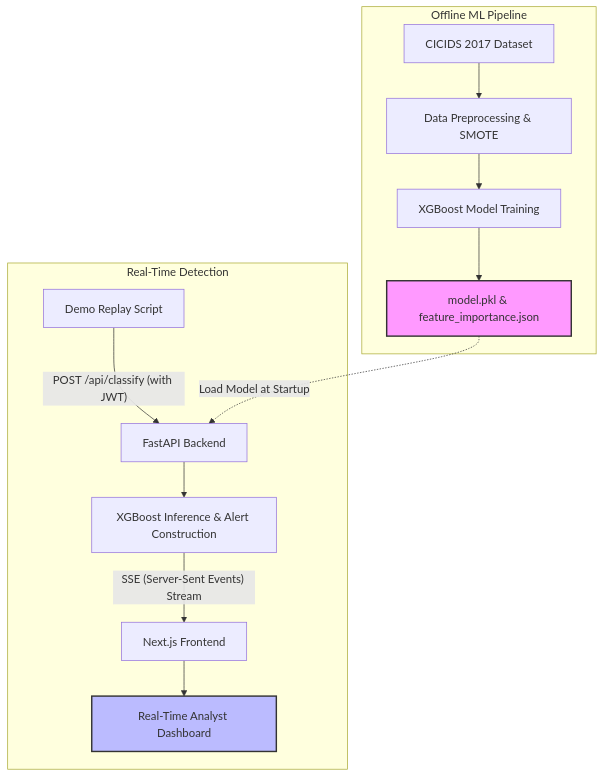
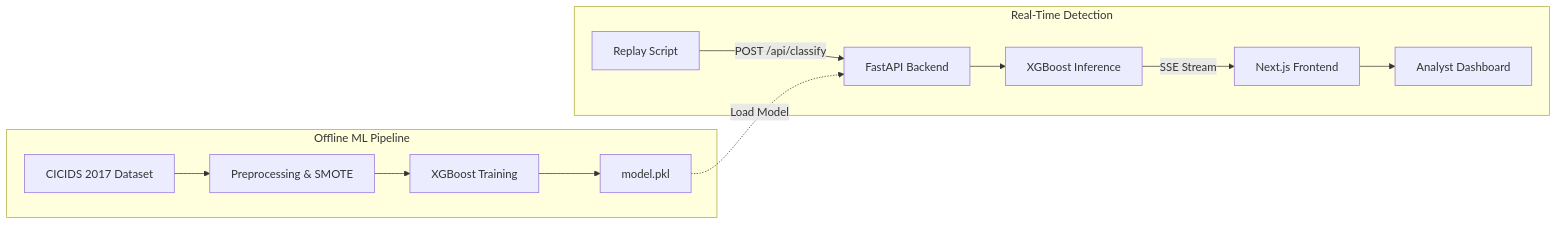
Before and after one commit to Shyamyemuka/sentinelai: the diagram in README.md, drawn with Mermaid. The commit also changed other lines of this file, not shown here.

Commit message:
update data

````diff
--- a/README.md
+++ b/README.md
@@ -12,19 +12,16 @@
 ```mermaid
-graph TD
+graph LR
     subgraph Offline ML Pipeline
-        A[CICIDS 2017 Dataset] --> B[Data Preprocessing & SMOTE]
-        B --> C[XGBoost Model Training]
-        C --> D["model.pkl & feature_importance.json"]
+        A[CICIDS 2017 Dataset] --> B[Preprocessing & SMOTE]
+        B --> C[XGBoost Training]
+        C --> D["model.pkl"]
     end
 
     subgraph Real-Time Detection
-        E[Demo Replay Script] -- "POST /api/classify (with JWT)" --> F[FastAPI Backend]
-        D -. "Load Model at Startup" .-> F
-        F --> G[XGBoost Inference & Alert Construction]
-        G -- "SSE (Server-Sent Events) Stream" --> H[Next.js Frontend]
-        H --> I[Real-Time Analyst Dashboard]
+        E[Replay Script] -- "POST /api/classify" --> F[FastAPI Backend]
+        D -. "Load Model" .-> F
+        F --> G[XGBoost Inference]
+        G -- "SSE Stream" --> H[Next.js Frontend]
+        H --> I[Analyst Dashboard]
     end
-
-    style D fill:#f9f,stroke:#333,stroke-width:2px
-    style I fill:#bbf,stroke:#333,stroke-width:2px
 ```
````
